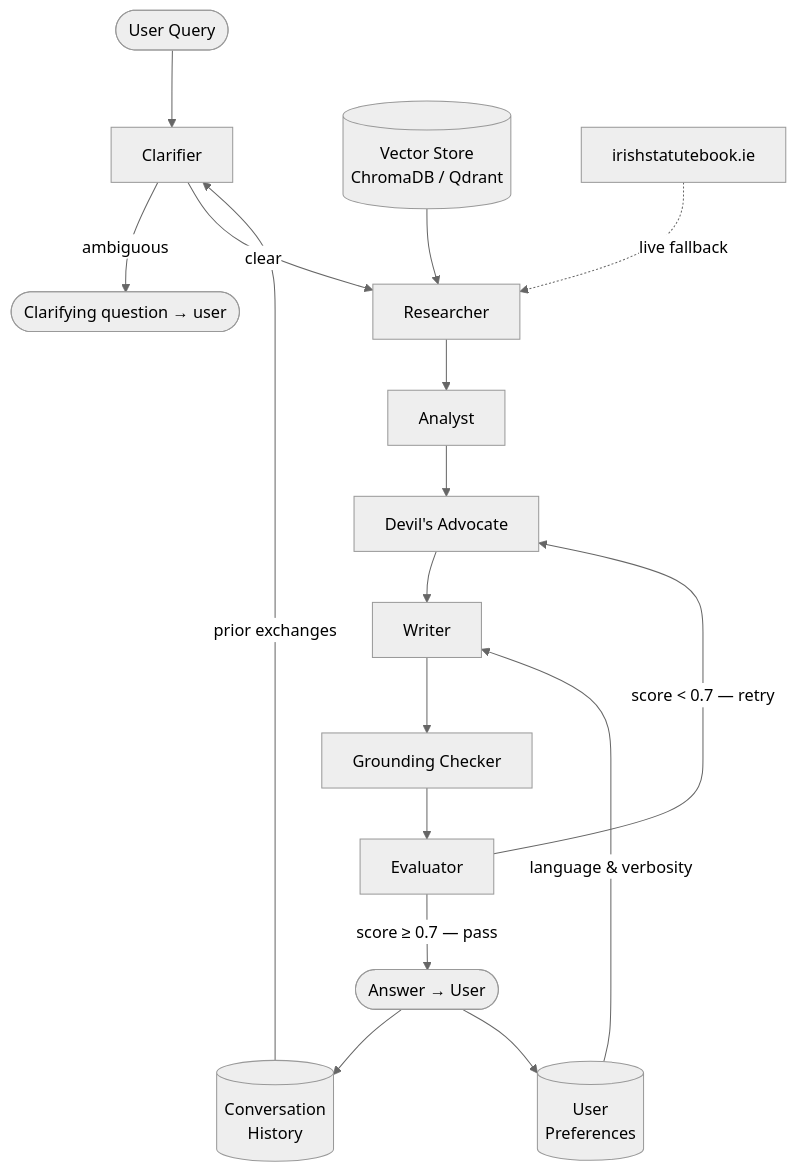
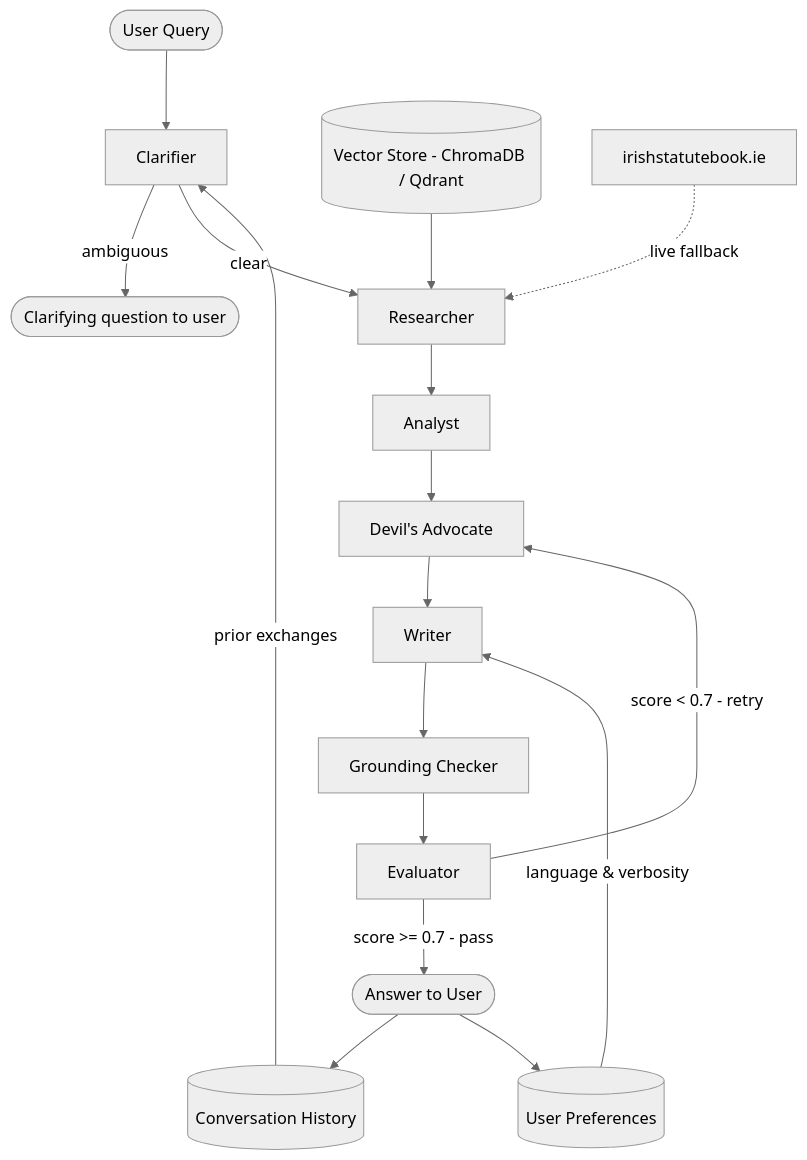
One commit to SamPowerCode/irish-statute-assistant changed the diagram in docs/architecture/overview.md. Above: the diagram before and after it, drawn with Mermaid (neutral theme). The commit also changed 1 other file, not shown here.

Commit message:
updated syntax errors in docs

````diff
--- a/docs/architecture/overview.md
+++ b/docs/architecture/overview.md
@@ -9,26 +9,26 @@
 ```{mermaid}
 flowchart TD
     Q([User Query]) --> Clarifier
-    ConvStore[(Conversation\nHistory)] -->|prior exchanges| Clarifier
+    ConvStore[(Conversation History)] -->|prior exchanges| Clarifier
 
-    Clarifier -->|ambiguous| CQ([Clarifying question → user])
+    Clarifier -->|ambiguous| CQ([Clarifying question to user])
     Clarifier -->|clear| Researcher
 
-    VS[(Vector Store\nChromaDB / Qdrant)] --> Researcher
+    VS[(Vector Store - ChromaDB / Qdrant)] --> Researcher
     ISB[irishstatutebook.ie] -. live fallback .-> Researcher
 
     Researcher --> Analyst
     Analyst --> DA["Devil's Advocate"]
     DA --> Writer
 
-    PrefStore[(User\nPreferences)] -->|language & verbosity| Writer
+    PrefStore[(User Preferences)] -->|language & verbosity| Writer
 
     Writer --> GC[Grounding Checker]
     GC --> Eval[Evaluator]
 
-    Eval -->|"score ≥ 0.7 — pass"| Answer([Answer → User])
-    Eval -->|"score < 0.7 — retry"| DA
+    Eval -->|"score >= 0.7 - pass"| Answer([Answer to User])
+    Eval -->|"score < 0.7 - retry"| DA
 
     Answer --> ConvStore
     Answer --> PrefStore
 ```
````
